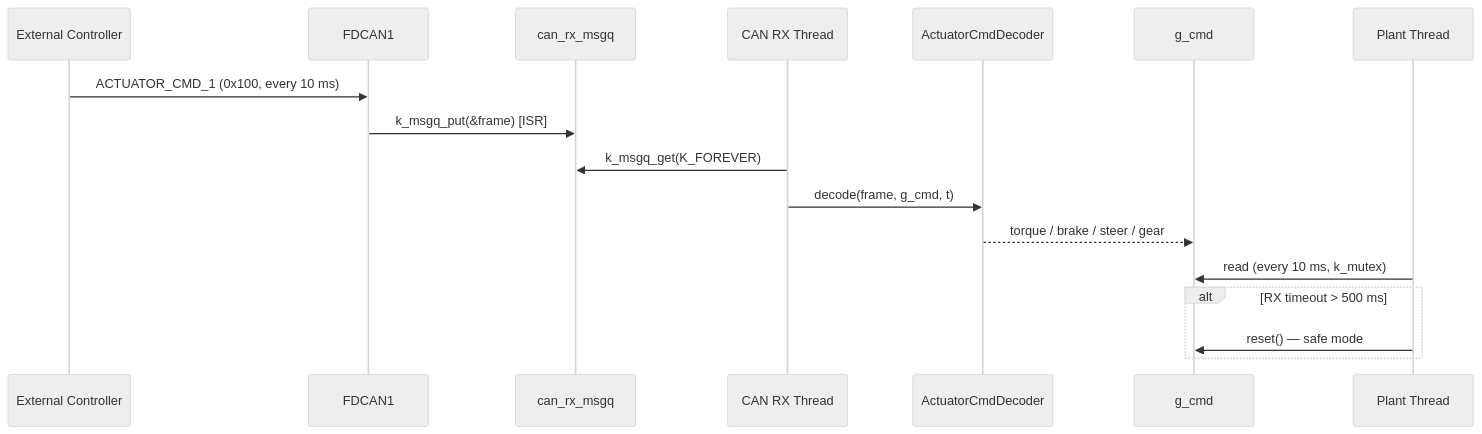
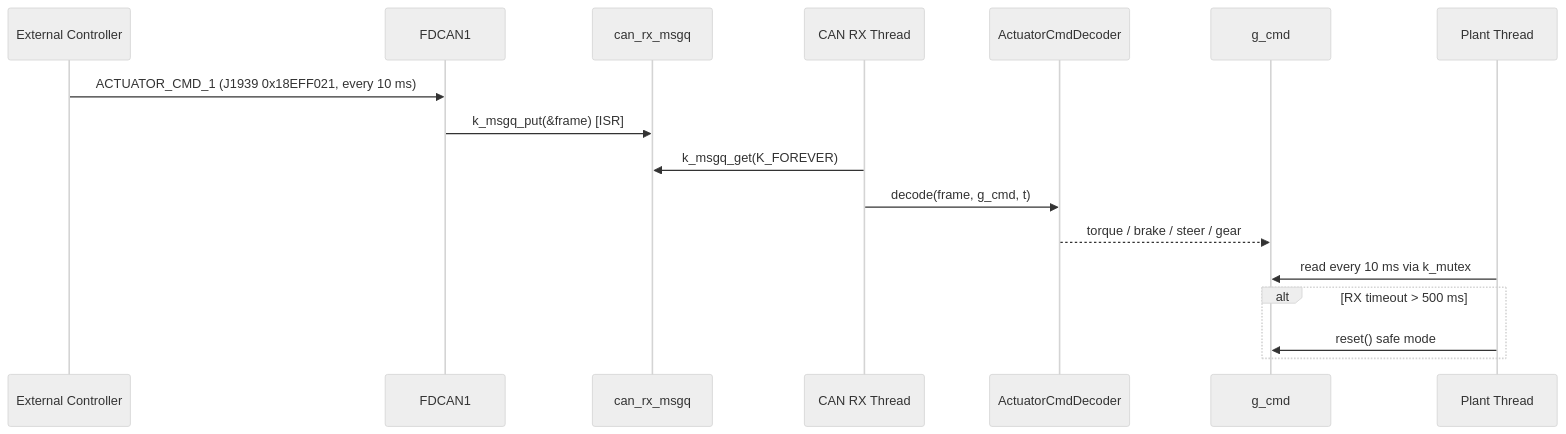
The fourth of 8 diagrams in docs/ZEPHYR_PORT.md (mtilocca/vehicle-Dynamics-Sim-Can), drawn with Mermaid (neutral theme) before and after one commit. The commit also changed other lines of this file and 5 other files, not shown here.

````diff
--- a/docs/ZEPHYR_PORT.md
+++ b/docs/ZEPHYR_PORT.md
@@ -349,20 +364,20 @@
 ```mermaid
 sequenceDiagram
     participant EC as External Controller
     participant F1 as FDCAN1
     participant MQ as can_rx_msgq
     participant RT as CAN RX Thread
     participant AD as ActuatorCmdDecoder
     participant CMD as g_cmd
     participant PT as Plant Thread
 
-    EC->>F1: ACTUATOR_CMD_1 (0x100, every 10 ms)
+    EC->>F1: ACTUATOR_CMD_1 (J1939 0x18EFF021, every 10 ms)
     F1->>MQ: k_msgq_put(&frame) [ISR]
     RT->>MQ: k_msgq_get(K_FOREVER)
     RT->>AD: decode(frame, g_cmd, t)
     AD-->>CMD: torque / brake / steer / gear
-    PT->>CMD: read (every 10 ms, k_mutex)
+    PT->>CMD: read every 10 ms via k_mutex
     alt RX timeout > 500 ms
-        PT->>CMD: reset() — safe mode
+        PT->>CMD: reset() safe mode
     end
 ```
````
